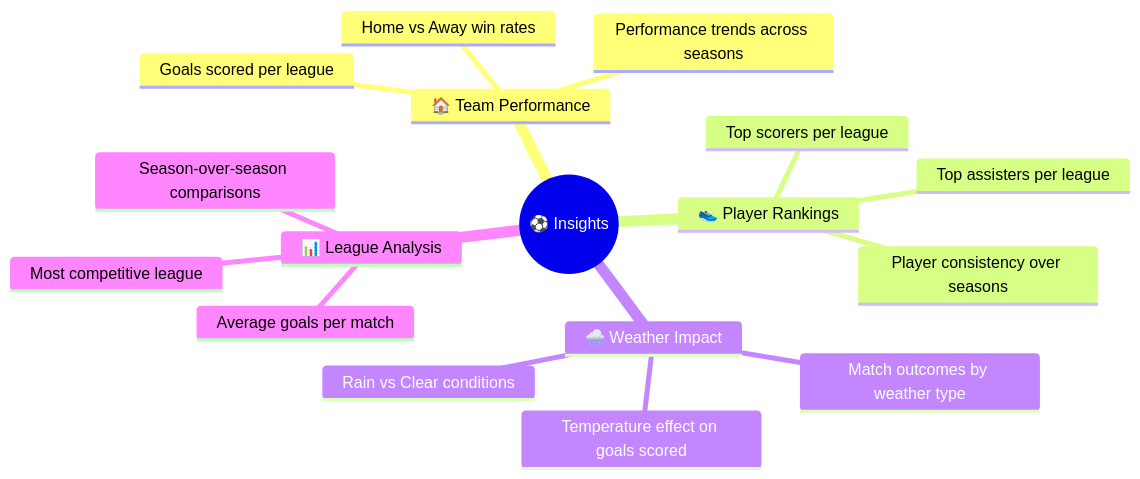
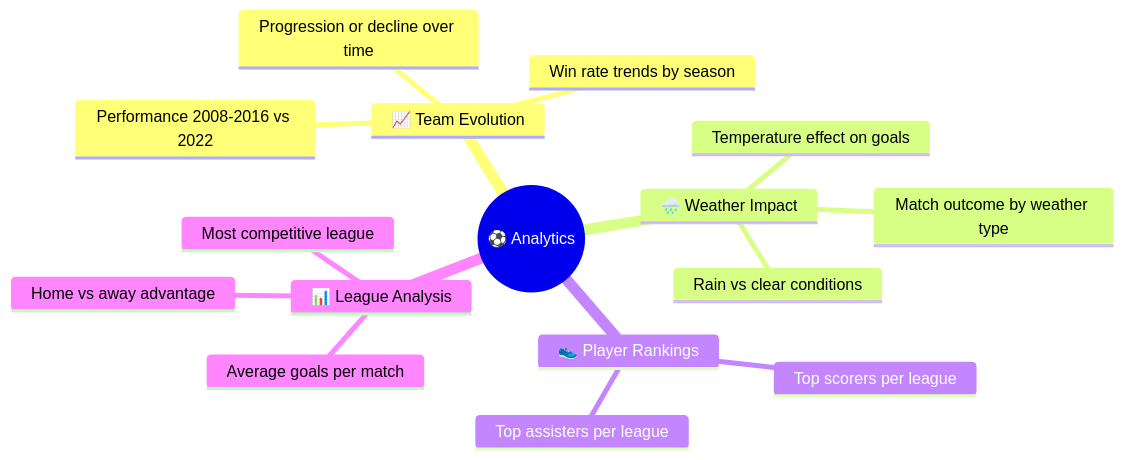
Before and after one commit to Elie-dev25/European-Football: the third of 3 diagrams in README.md, drawn with Mermaid. The commit also changed other lines of this file and 1 other file, not shown here.

````diff
--- a/README.md
+++ b/README.md
@@ -299,20 +313,19 @@
 ```mermaid
 mindmap
-  root((⚽ Insights))
-    🏠 Team Performance
-      Home vs Away win rates
-      Goals scored per league
-      Performance trends across seasons
+  root((⚽ Analytics))
+    📈 Team Evolution
+      Performance 2008-2016 vs 2022
+      Progression or decline over time
+      Win rate trends by season
+    🌧️ Weather Impact
+      Rain vs clear conditions
+      Temperature effect on goals
+      Match outcome by weather type
     👟 Player Rankings
       Top scorers per league
       Top assisters per league
-      Player consistency over seasons
-    🌧️ Weather Impact
-      Rain vs Clear conditions
-      Temperature effect on goals scored
-      Match outcomes by weather type
     📊 League Analysis
       Most competitive league
       Average goals per match
-      Season-over-season comparisons
+      Home vs away advantage
 ```
````
